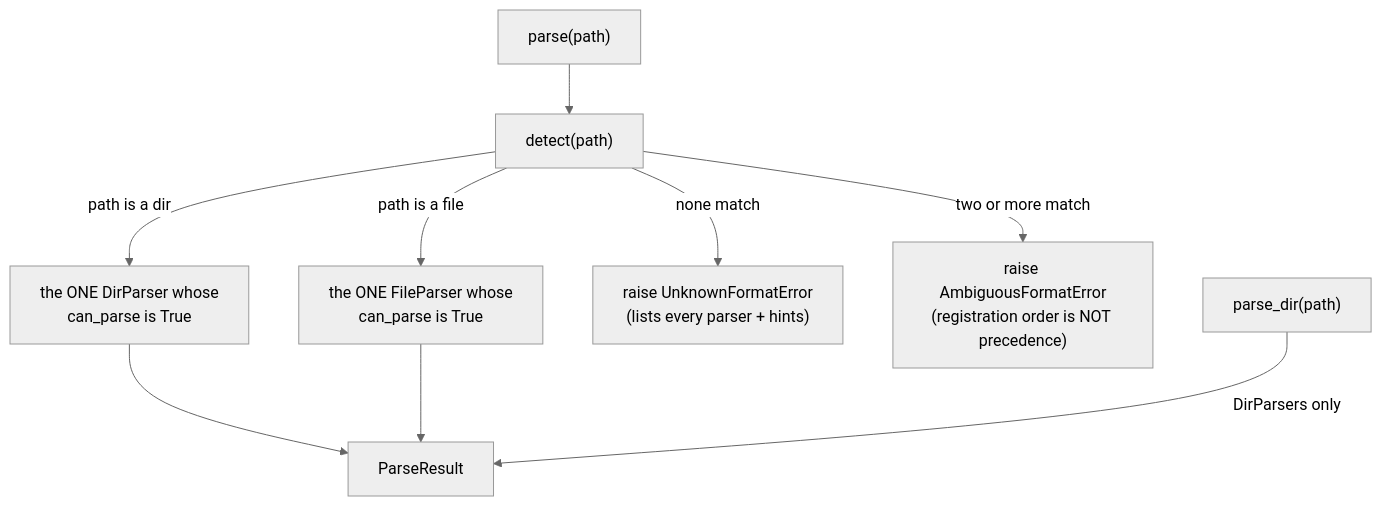
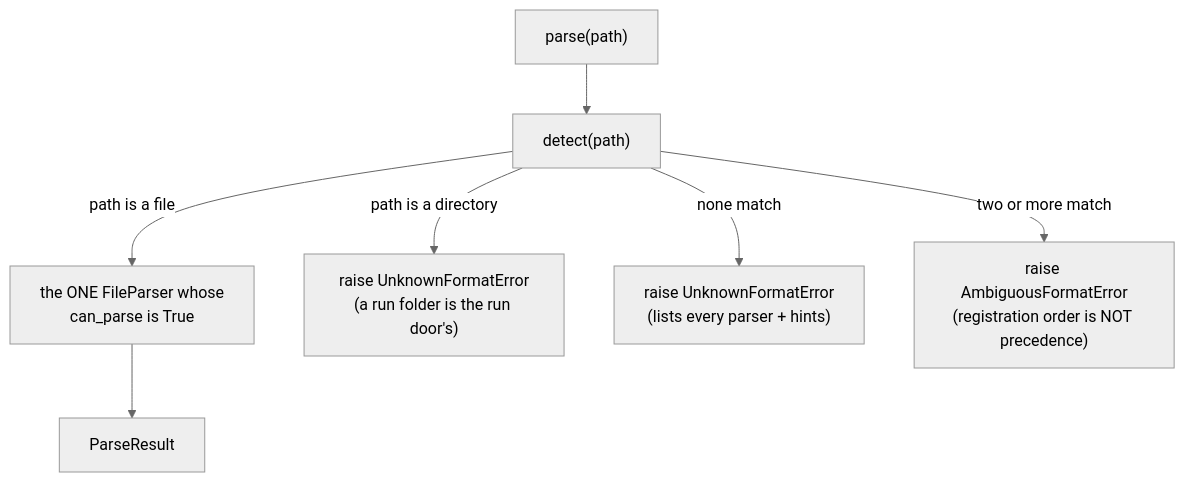
Before and after one commit to Qing-LAB/molbuilder: the second of 5 diagrams in docs/model/parse.md, drawn with Mermaid (neutral theme). The commit also changed other lines of this file and 44 other files, not shown here.

````diff
--- a/docs/model/parse.md
+++ b/docs/model/parse.md
@@ -405,11 +406,9 @@
 ```mermaid
 flowchart TD
     P["parse(path)"] --> D["detect(path)"]
-    D -->|"path is a dir"| DP["the ONE DirParser whose<br/>can_parse is True"]
     D -->|"path is a file"| FP["the ONE FileParser whose<br/>can_parse is True"]
+    D -->|"path is a directory"| DIR["raise UnknownFormatError<br/>(a run folder is the run door's)"]
     D -->|"none match"| ERR["raise UnknownFormatError<br/>(lists every parser + hints)"]
     D -->|"two or more match"| AMB["raise AmbiguousFormatError<br/>(registration order is NOT precedence)"]
-    DP --> R["ParseResult"]
-    FP --> R
-    PD["parse_dir(path)"] -->|"DirParsers only"| R
+    FP --> R["ParseResult"]
 ```
````
